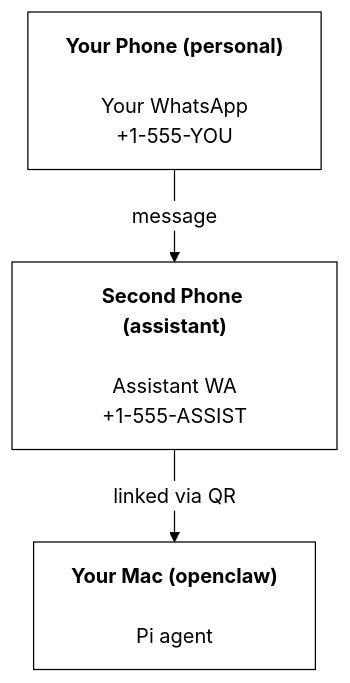
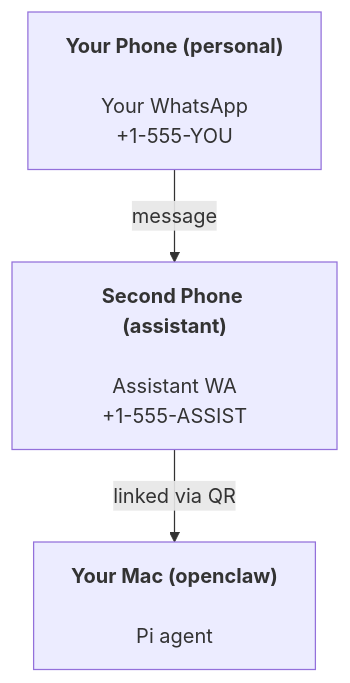
The diagram in docs/start/openclaw.md (xudanli/openclaw), drawn with Mermaid before and after one commit. The commit also changed 4 other files, not shown here.

First line of the commit message:
fix(docs): remove hardcoded Mermaid init blocks that break dark mode (#15157)

````diff
--- a/docs/start/openclaw.md
+++ b/docs/start/openclaw.md
@@ -36,21 +36,5 @@
 ```mermaid
-%%{init: {
-  'theme': 'base',
-  'themeVariables': {
-    'primaryColor': '#ffffff',
-    'primaryTextColor': '#000000',
-    'primaryBorderColor': '#000000',
-    'lineColor': '#000000',
-    'secondaryColor': '#f9f9fb',
-    'tertiaryColor': '#ffffff',
-    'clusterBkg': '#f9f9fb',
-    'clusterBorder': '#000000',
-    'nodeBorder': '#000000',
-    'mainBkg': '#ffffff',
-    'edgeLabelBackground': '#ffffff'
-  }
-}}%%
 flowchart TB
     A["<b>Your Phone (personal)<br></b><br>Your WhatsApp<br>+1-555-YOU"] -- message --> B["<b>Second Phone (assistant)<br></b><br>Assistant WA<br>+1-555-ASSIST"]
     B -- linked via QR --> C["<b>Your Mac (openclaw)<br></b><br>Pi agent"]
 ```
````
